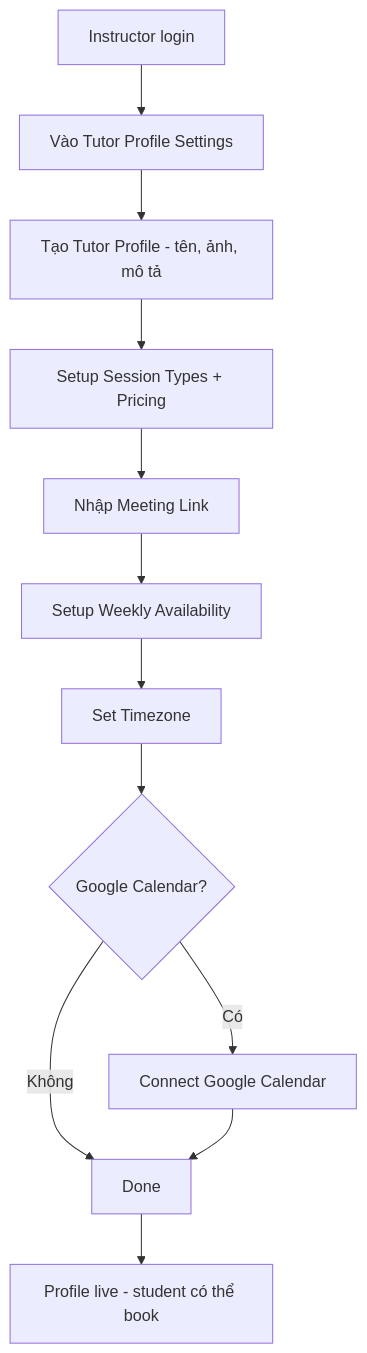
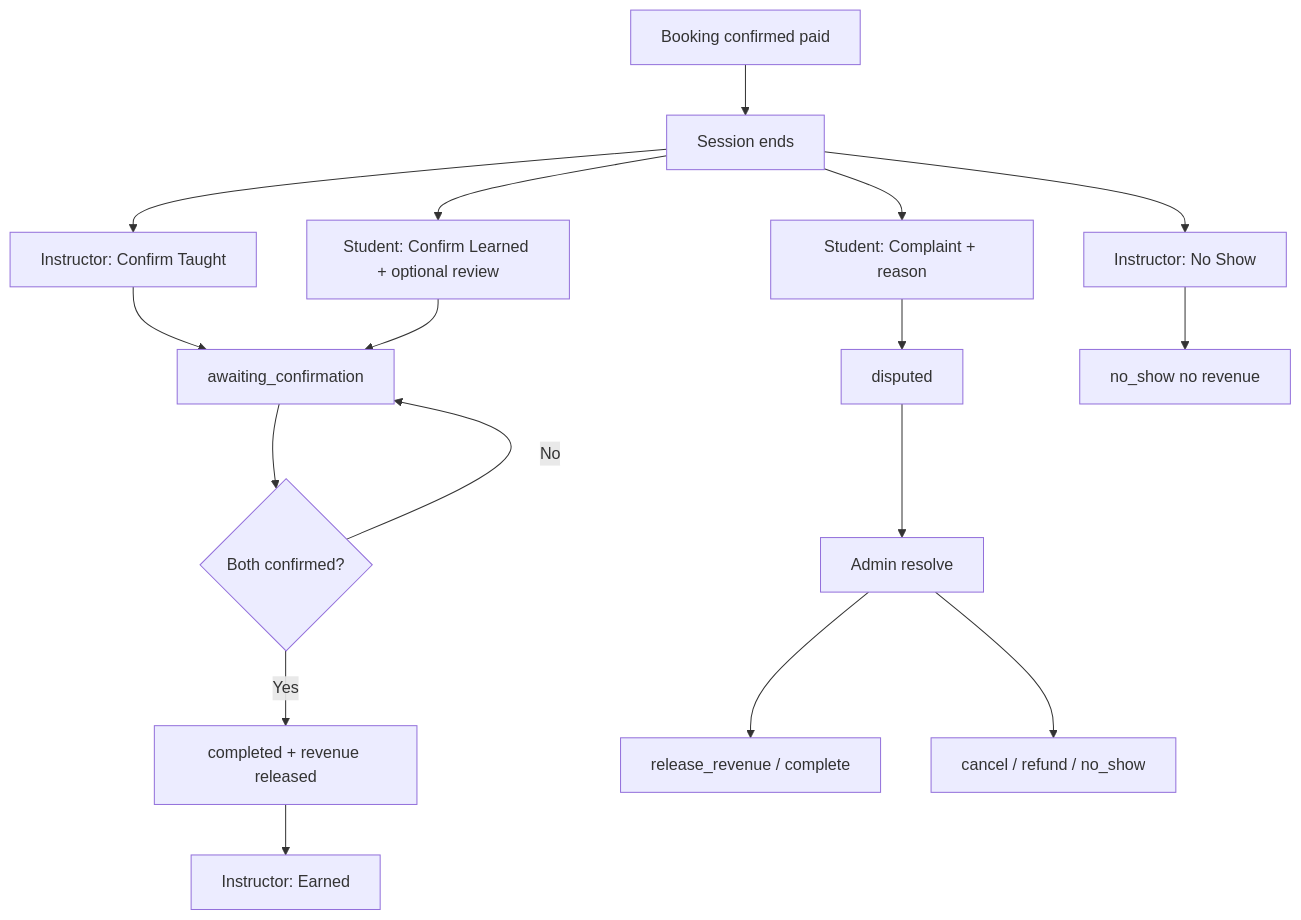
The second of 3 diagrams in projects/lp-tutor-booking/output/04-ux-and-wireframe.md (hungkieu190/ba-autospec), drawn with Mermaid before and after one commit. The commit also changed other lines of this file and 2593 other files, not shown here.

````diff
--- a/projects/lp-tutor-booking/output/04-ux-and-wireframe.md
+++ b/projects/lp-tutor-booking/output/04-ux-and-wireframe.md
@@ -40,14 +29,19 @@
 ```mermaid
 flowchart TD
-    A[Instructor login] --> B[Vào Tutor Profile Settings]
-    B --> C[Tạo Tutor Profile - tên, ảnh, mô tả]
-    C --> D[Setup Session Types + Pricing]
-    D --> E[Nhập Meeting Link]
-    E --> F[Setup Weekly Availability]
-    F --> G[Set Timezone]
-    G --> H{Google Calendar?}
-    H -->|Có| I[Connect Google Calendar]
-    H -->|Không| J[Done]
-    I --> J
-    J --> K[Profile live - student có thể book]
+    A[Booking confirmed paid] --> B[Session ends]
+    B --> C[Instructor: Confirm Taught]
+    B --> D[Student: Confirm Learned + optional review]
+    C --> E[awaiting_confirmation]
+    D --> E
+    E --> F{Both confirmed?}
+    F -->|Yes| G[completed + revenue released]
+    F -->|No| E
+    B --> H[Student: Complaint + reason]
+    H --> I[disputed]
+    I --> J[Admin resolve]
+    J --> K[release_revenue / complete]
+    J --> L[cancel / refund / no_show]
+    B --> M[Instructor: No Show]
+    M --> N[no_show no revenue]
+    G --> O[Instructor: Earned]
 ```
````
